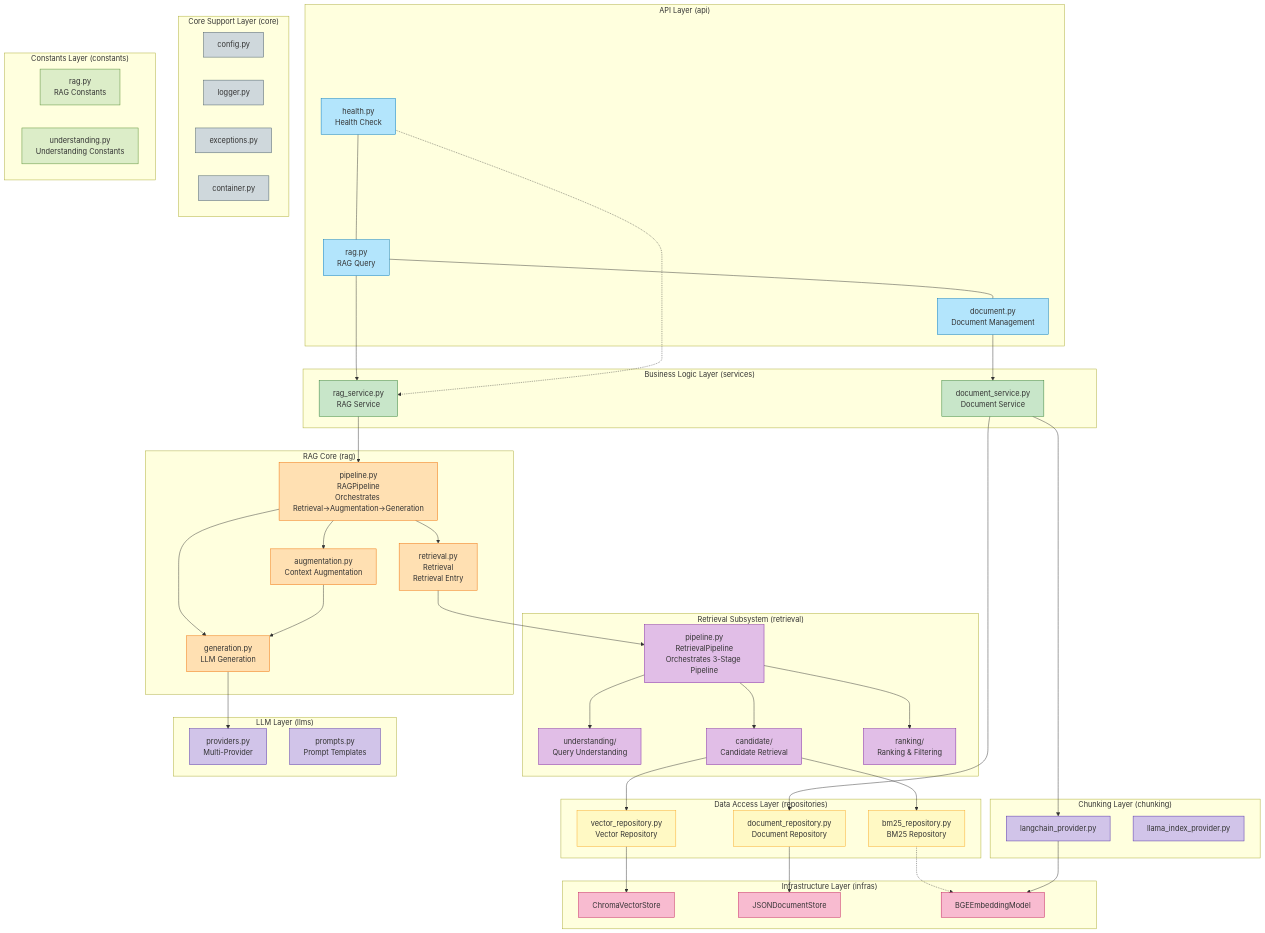
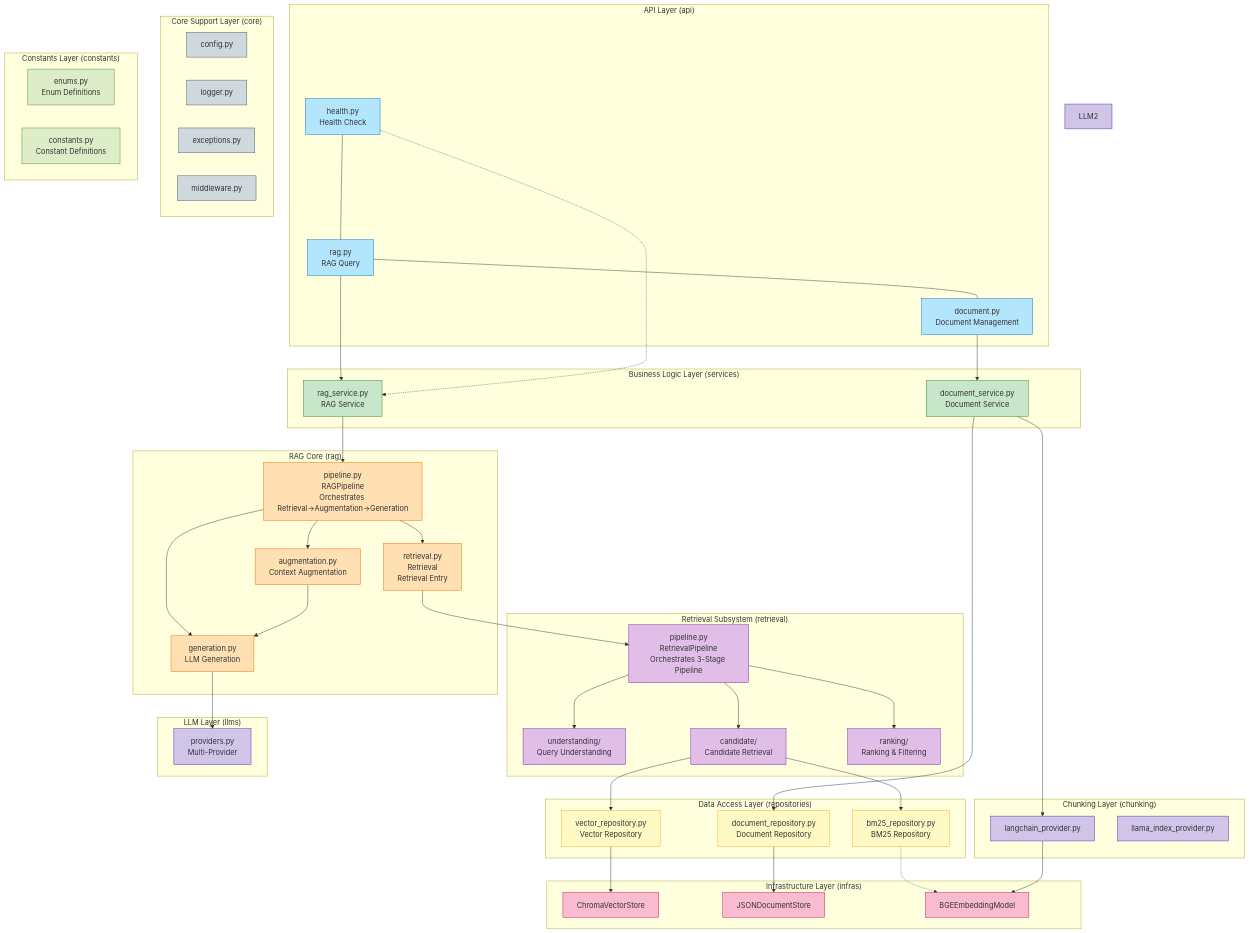
One commit to chain-engine/x-GuanHai changed the second of 4 diagrams in README.en.md. Above: the diagram before and after it, drawn with Mermaid. The commit also changed other lines of this file and 55 other files, not shown here.

```diff
--- a/README.en.md
+++ b/README.en.md
@@ -217,7 +221,6 @@
 
     subgraph "LLM Layer (llms)"
         LLM1["providers.py<br/>Multi-Provider"]
-        LLM2["prompts.py<br/>Prompt Templates"]
     end
 
     subgraph "Chunking Layer (chunking)"
@@ -229,12 +232,12 @@
         C1["config.py"]
         C2["logger.py"]
         C3["exceptions.py"]
-        C4["container.py"]
+        C4["middleware.py"]
     end
 
     subgraph "Constants Layer (constants)"
-        CON1["rag.py<br/>RAG Constants"]
-        CON2["understanding.py<br/>Understanding Constants"]
+        CON1["enums.py<br/>Enum Definitions"]
+        CON2["constants.py<br/>Constant Definitions"]
     end
 
     A2 --> SVC1
```
